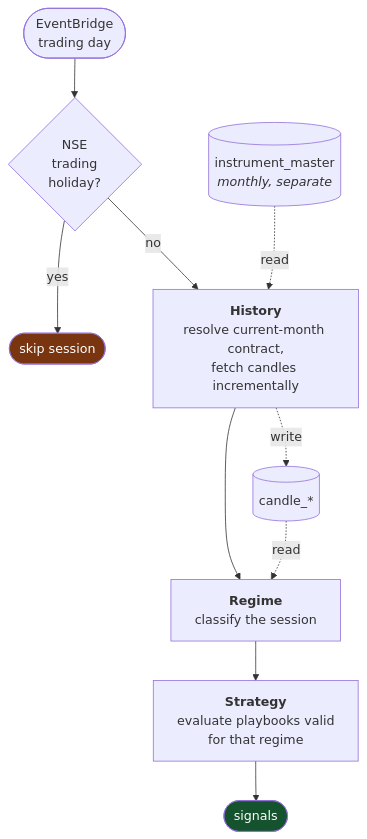
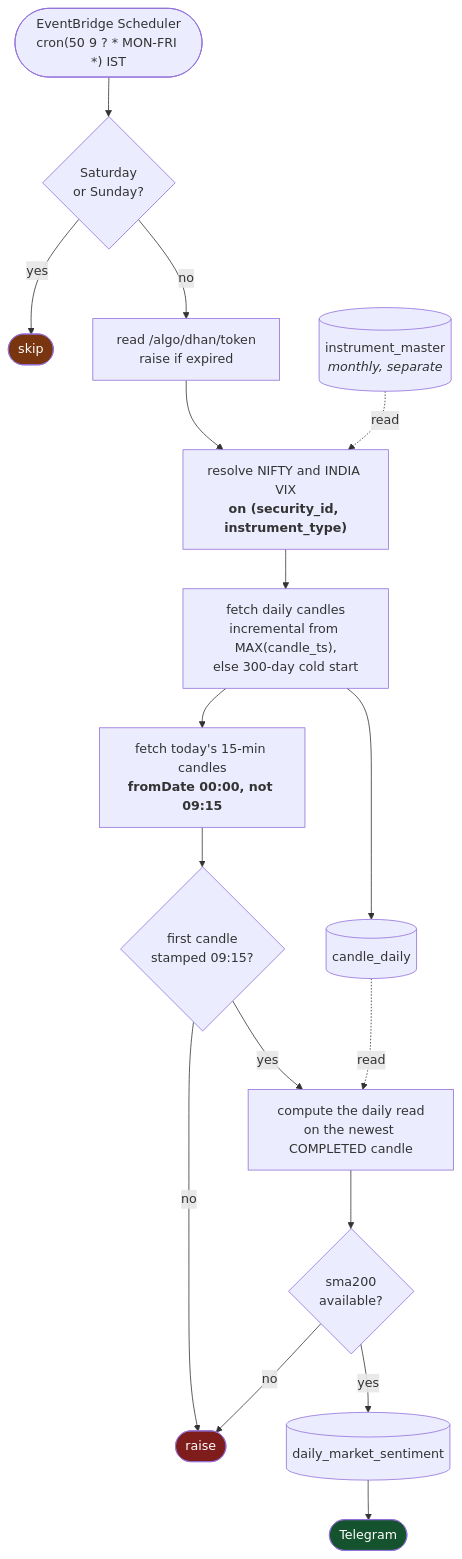
One commit to amar7585/aws-algo-claude changed the third of 3 diagrams in docs/flow.md. Above: the diagram before and after it, drawn with Mermaid. The commit also changed other lines of this file and 32 other files, not shown here.

Commit message:
implemented daily sentiment function

````diff
--- a/docs/flow.md
+++ b/docs/flow.md
@@ -64,18 +111,28 @@
 ```mermaid
 flowchart TD
-    START(["EventBridge<br/>trading day"]) --> GATE{"NSE<br/>trading<br/>holiday?"}
-    GATE -->|yes| SKIP(["skip session"])
-    GATE -->|no| HIST
+    START(["EventBridge Scheduler<br/>cron(50 9 ? * MON-FRI *) IST"]) --> WKND{"Saturday<br/>or Sunday?"}
+    WKND -->|yes| SKIP(["skip"])
+    WKND -->|no| TOK["read /algo/dhan/token<br/>raise if expired"]
 
-    HIST["<b>History</b><br/>resolve current-month contract,<br/>fetch candles incrementally"]
-    HIST --> REGIME["<b>Regime</b><br/>classify the session"]
-    REGIME --> STRAT["<b>Strategy</b><br/>evaluate playbooks valid<br/>for that regime"]
-    STRAT --> OUT(["signals"])
+    TOK --> RESOLVE["resolve NIFTY and INDIA VIX<br/><b>on (security_id, instrument_type)</b>"]
+    RESOLVE --> DAILY["fetch daily candles<br/>incremental from MAX(candle_ts),<br/>else 300-day cold start"]
+    DAILY --> CD[("candle_daily")]
 
-    IM[("instrument_master<br/><i>monthly, separate</i>")] -.read.-> HIST
-    HIST -.write.-> C[("candle_*")]
-    C -.read.-> REGIME
+    DAILY --> INTRA["fetch today's 15-min candles<br/><b>fromDate 00:00, not 09:15</b>"]
+    INTRA --> GUARD{"first candle<br/>stamped 09:15?"}
+    GUARD -->|no| RAISE(["raise"])
+    GUARD -->|yes| READ
+
+    READ["compute the daily read<br/>on the newest COMPLETED candle"]
+    READ --> SMA{"sma200<br/>available?"}
+    SMA -->|no| RAISE
+    SMA -->|yes| WRITE[("daily_market_sentiment")]
+    WRITE --> TG(["Telegram"])
+
+    IM[("instrument_master<br/><i>monthly, separate</i>")] -.read.-> RESOLVE
+    CD -.read.-> READ
 
     style SKIP fill:#78350f,color:#fff
-    style OUT fill:#14532d,color:#fff
+    style RAISE fill:#7f1d1d,color:#fff
+    style TG fill:#14532d,color:#fff
 ```
````
